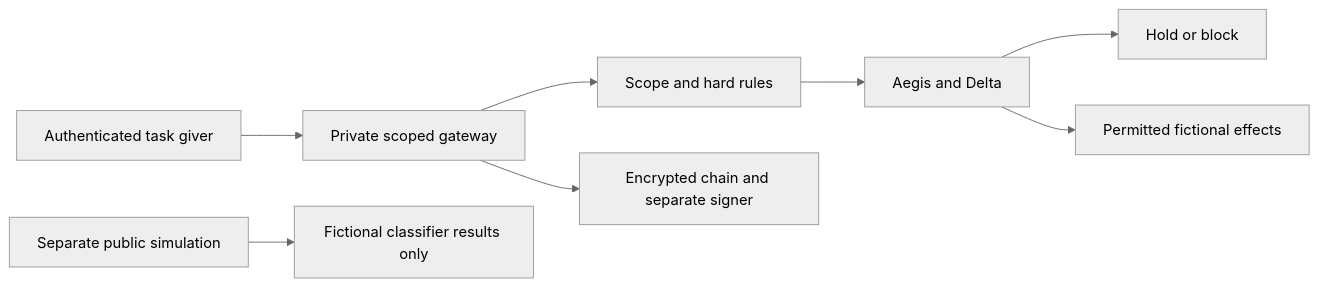
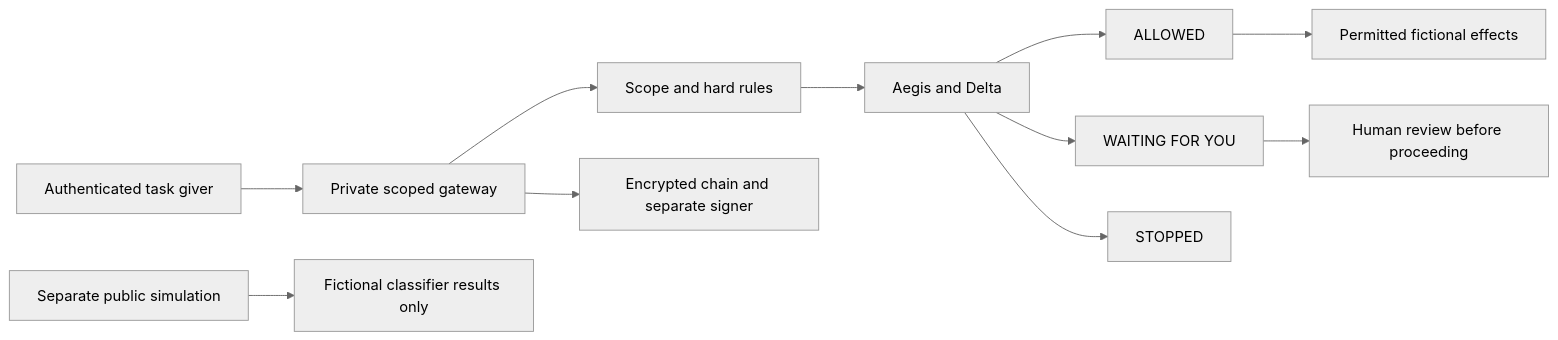
One commit to Chinchuan24/QwenWork-Agent-Hackerthon-Track-2 changed the diagram in README.md. Above: the diagram before and after it, drawn with Mermaid (neutral theme). The commit also changed other lines of this file and 7 other files, not shown here.

````diff
--- a/README.md
+++ b/README.md
@@ -75,10 +28,13 @@
 ```mermaid
 flowchart LR
     Owner[Authenticated task giver] --> Gateway[Private scoped gateway]
     Gateway --> Rules[Scope and hard rules]
     Rules --> Guards[Aegis and Delta]
-    Guards --> Review[Hold or block]
-    Guards --> Effects[Permitted fictional effects]
+    Guards --> Allowed[ALLOWED]
+    Guards --> Waiting[WAITING FOR YOU]
+    Guards --> Stopped[STOPPED]
+    Allowed --> Effects[Permitted fictional effects]
+    Waiting --> Human[Human review before proceeding]
     Gateway --> Audit[Encrypted chain and separate signer]
     Public[Separate public simulation] --> Fixtures[Fictional classifier results only]
 ```
````
